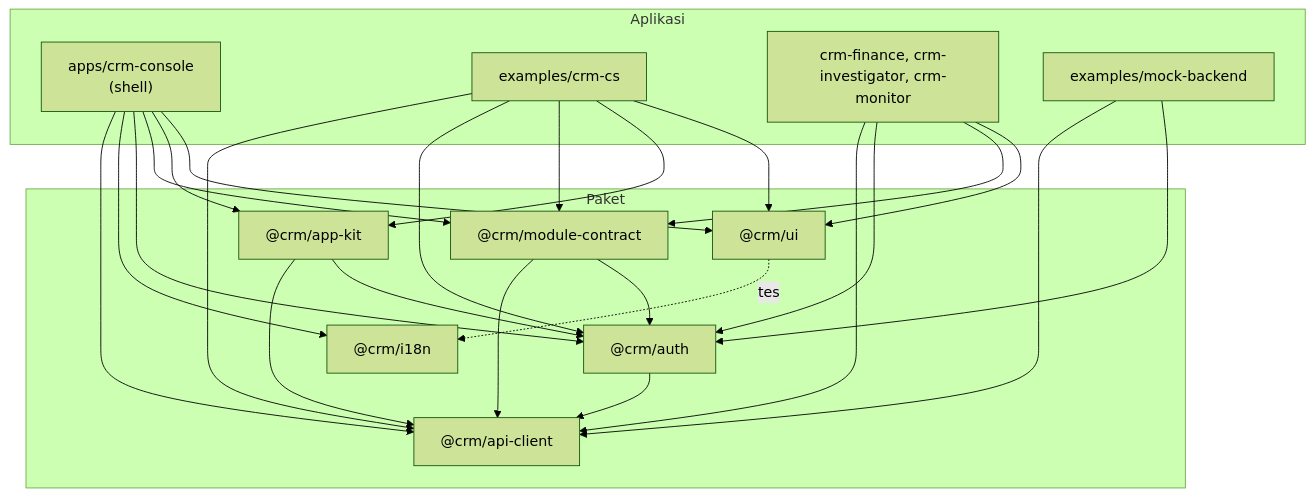
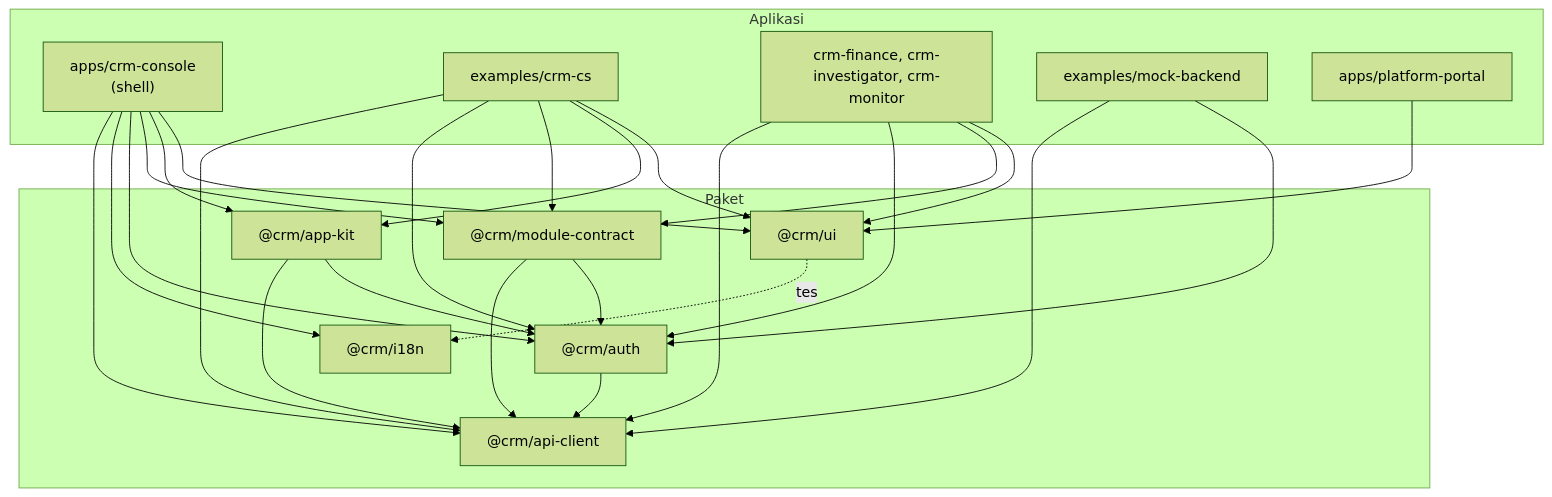
One commit to mfadlanabdillah/crm-frontend changed the third of 4 diagrams in docs/onboarding.md. Above: the diagram before and after it, drawn with Mermaid (forest theme). The commit also changed 21 other files, not shown here.

Commit message:
feat(portal): generated platform portal over the repo catalog

````diff
--- a/docs/onboarding.md
+++ b/docs/onboarding.md
@@ -139,25 +139,27 @@
 ```mermaid
 flowchart TD
   subgraph Aplikasi
     shell["apps/crm-console<br/>(shell)"]
     cs["examples/crm-cs"]
     other["crm-finance, crm-investigator, crm-monitor"]
     mockb["examples/mock-backend"]
+    portal["apps/platform-portal"]
   end
   subgraph Paket
     ui["@crm/ui"]
     appkit["@crm/app-kit"]
     contract["@crm/module-contract"]
     auth["@crm/auth"]
     i18n["@crm/i18n"]
     apic["@crm/api-client"]
   end
   shell --> ui & appkit & contract & auth & i18n & apic
   cs --> ui & appkit & contract & auth & apic
   other --> ui & contract & auth & apic
   mockb --> auth & apic
+  portal --> ui
   appkit --> auth & apic
   contract --> auth & apic
   auth --> apic
   ui -. "tes" .-> i18n
 ```
````
